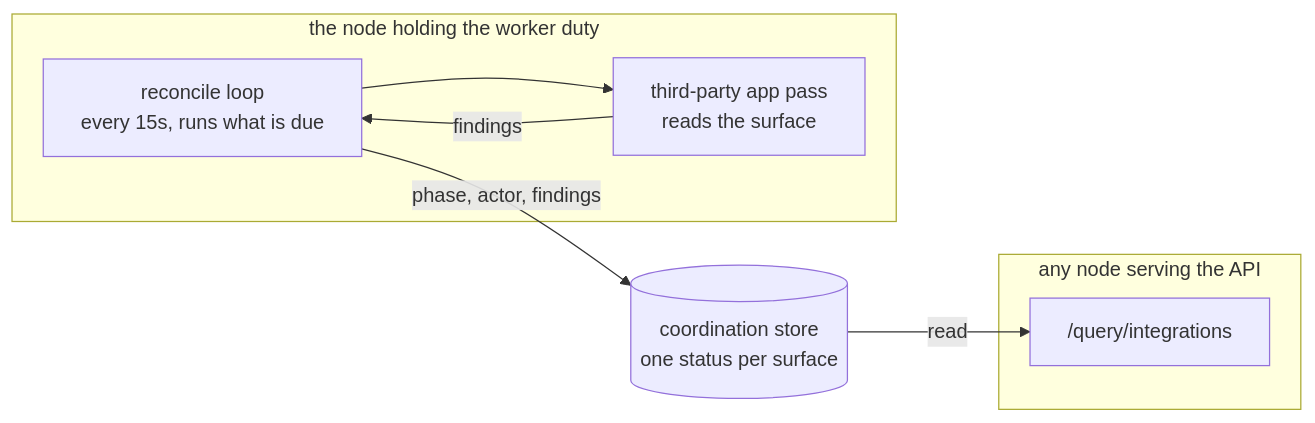
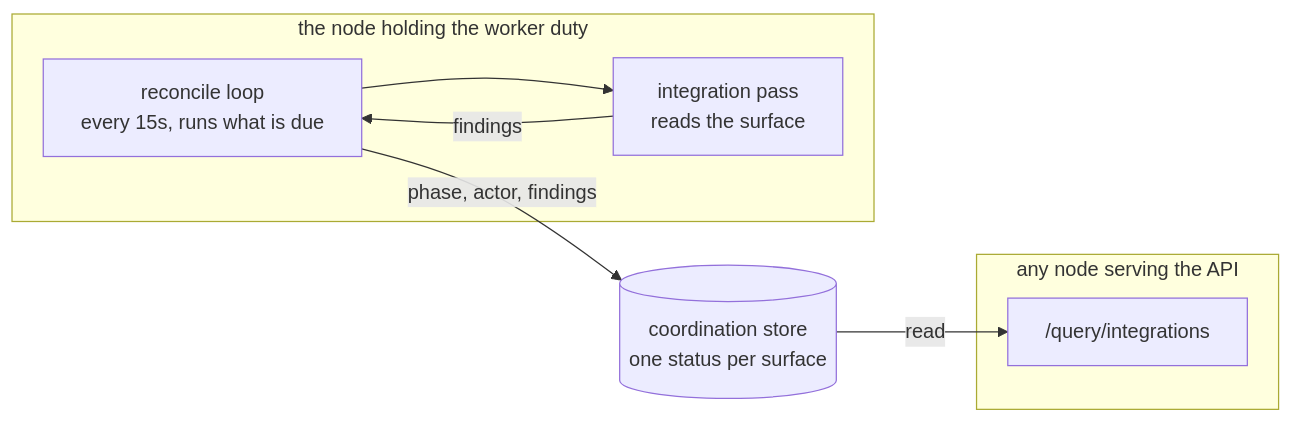
The diagram in docs/concepts/integration-reconcile.md (crewlet/crewlet), drawn with Mermaid before and after one commit. The commit also changed other lines of this file and 220 other files, not shown here.

````diff
--- a/docs/concepts/integration-reconcile.md
+++ b/docs/concepts/integration-reconcile.md
@@ -66,16 +66,16 @@
 ```mermaid
 flowchart LR
     subgraph workers["the node holding the worker duty"]
         L["reconcile loop<br/>every 15s, runs what is due"]
-        V["third-party app pass<br/>reads the surface"]
+        V["integration pass<br/>reads the surface"]
     end
     subgraph ingress["any node serving the API"]
         Q["/query/integrations"]
     end
     KV[("coordination store<br/>one status per surface")]
 
     L --> V
     V -->|"findings"| L
     L -->|"phase, actor, findings"| KV
     KV -->|"read"| Q
 ```
````
